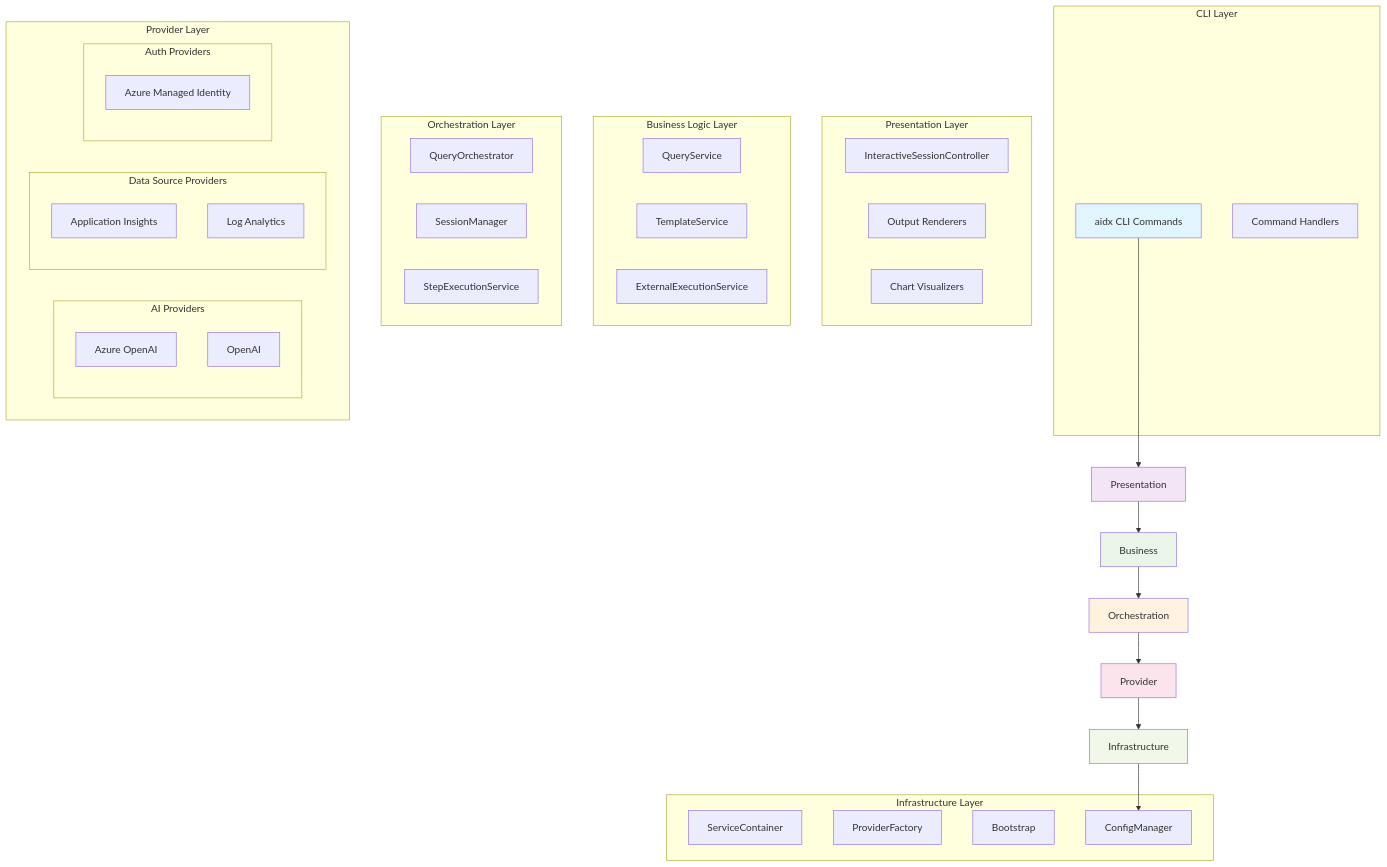
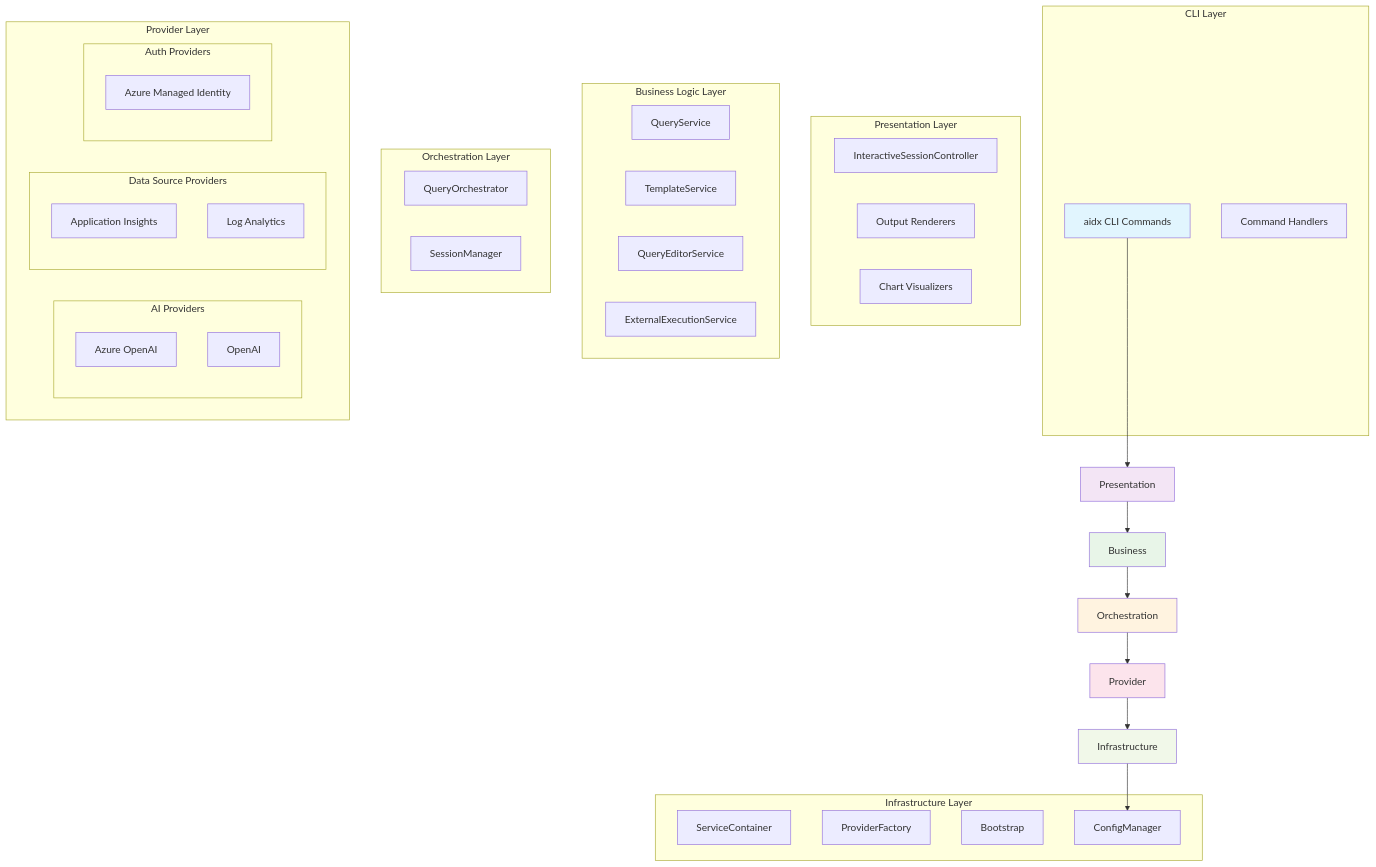
One commit to georgeOsdDev/AppInsightsDetective changed the first of 4 diagrams in docs/developer/architecture.md. Above: the diagram before and after it, drawn with Mermaid. The commit also changed other lines of this file, not shown here.

Commit message:
docs: Update architecture.md to reflect QueryEditorService integration and StepExecutionService removal

````diff
--- a/docs/developer/architecture.md
+++ b/docs/developer/architecture.md
@@ -17,60 +17,60 @@
 ```mermaid
 graph TB
     subgraph "CLI Layer"
         CLI[aidx CLI Commands]
         Commands[Command Handlers]
     end
     
     subgraph "Presentation Layer"
         ISC[InteractiveSessionController]
         Renderers[Output Renderers]
         Visualizers[Chart Visualizers]
     end
     
     subgraph "Business Logic Layer"
         QS[QueryService]
         TS[TemplateService]
+        QES[QueryEditorService]
         ES[ExternalExecutionService]
     end
     
     subgraph "Orchestration Layer"
         QO[QueryOrchestrator]
         SM[SessionManager]
-        SES[StepExecutionService]
     end
     
     subgraph "Provider Layer"
         subgraph "AI Providers"
             AzureAI[Azure OpenAI]
             OpenAI[OpenAI]
         end
         subgraph "Data Source Providers"
             AppInsights[Application Insights]
             LogAnalytics[Log Analytics]
         end
         subgraph "Auth Providers"
             ManagedId[Azure Managed Identity]
         end
     end
     
     subgraph "Infrastructure Layer"
         DI[ServiceContainer]
         PF[ProviderFactory]
         Boot[Bootstrap]
         Config[ConfigManager]
     end
     
     CLI --> Presentation
     Presentation --> Business
     Business --> Orchestration
     Orchestration --> Provider
     Provider --> Infrastructure
     Infrastructure --> Config
     
     style CLI fill:#e1f5fe
     style Presentation fill:#f3e5f5
     style Business fill:#e8f5e8
     style Orchestration fill:#fff3e0
     style Provider fill:#fce4ec
     style Infrastructure fill:#f1f8e9
 ```
````
